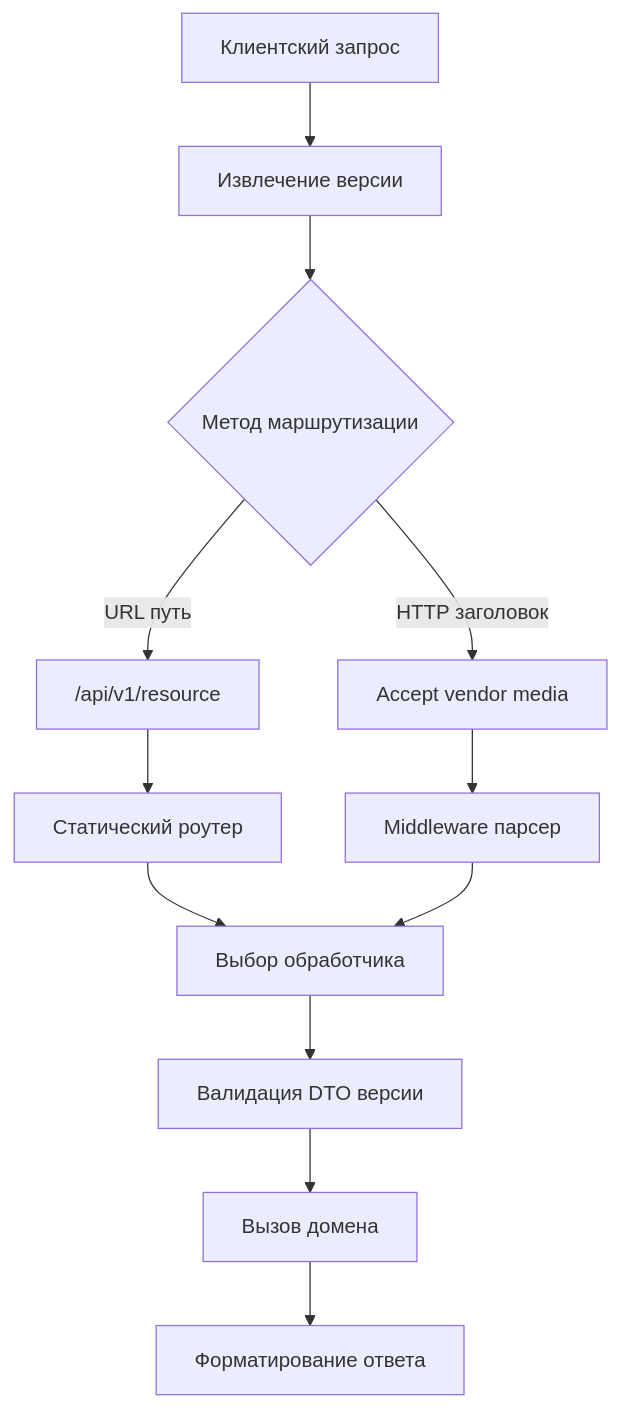
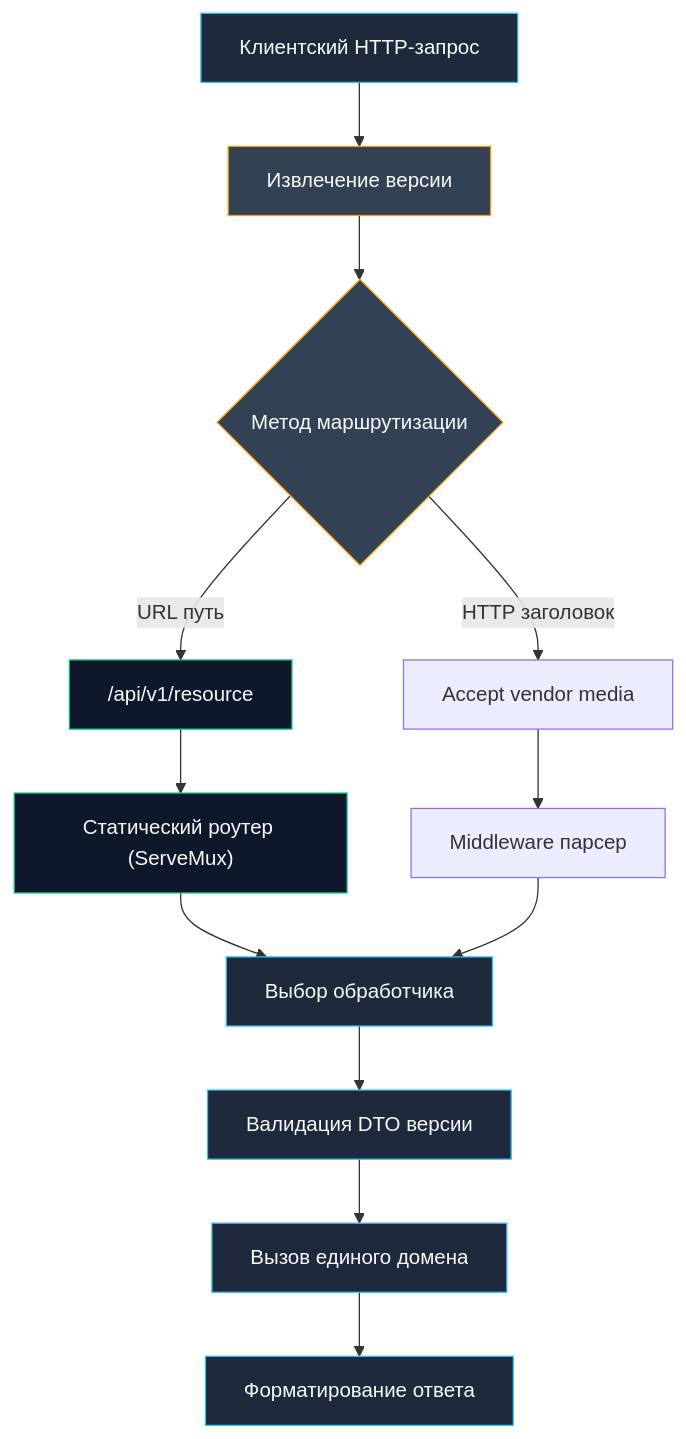
The diagram in sources/9. Бэкенд на Go (Практика разработки)/32. API versioning.md (UnrealTemplier/go-textbook), drawn with Mermaid before and after one commit. The commit also changed other lines of this file, not shown here.

````diff
--- a/sources/9. Бэкенд на Go (Практика разработки)/32. API versioning.md
+++ b/sources/9. Бэкенд на Go (Практика разработки)/32. API versioning.md
@@ -13,14 +19,21 @@
 ```mermaid
 flowchart TD
-    A["Клиентский запрос"] --> B["Извлечение версии"]
+    A["Клиентский HTTP-запрос"] --> B["Извлечение версии"]
     B --> C{"Метод маршрутизации"}
     C -->|URL путь| D["/api/v1/resource"]
     C -->|HTTP заголовок| E["Accept vendor media"]
-    D --> F["Статический роутер"]
+    D --> F["Статический роутер (ServeMux)"]
     E --> G["Middleware парсер"]
     F --> H["Выбор обработчика"]
     G --> H
     H --> I["Валидация DTO версии"]
-    I --> J["Вызов домена"]
+    I --> J["Вызов единого домена"]
     J --> K["Форматирование ответа"]
+
+    classDef normal fill:#1e293b,stroke:#38bdf8,color:#f8fafc;
+    classDef decision fill:#334155,stroke:#f59e0b,color:#f8fafc;
+    classDef path fill:#0f172a,stroke:#10b981,color:#f8fafc;
+    class A,D,F,H,I,J,K normal;
+    class B,C decision;
+    class D,F path;
 ```
````
